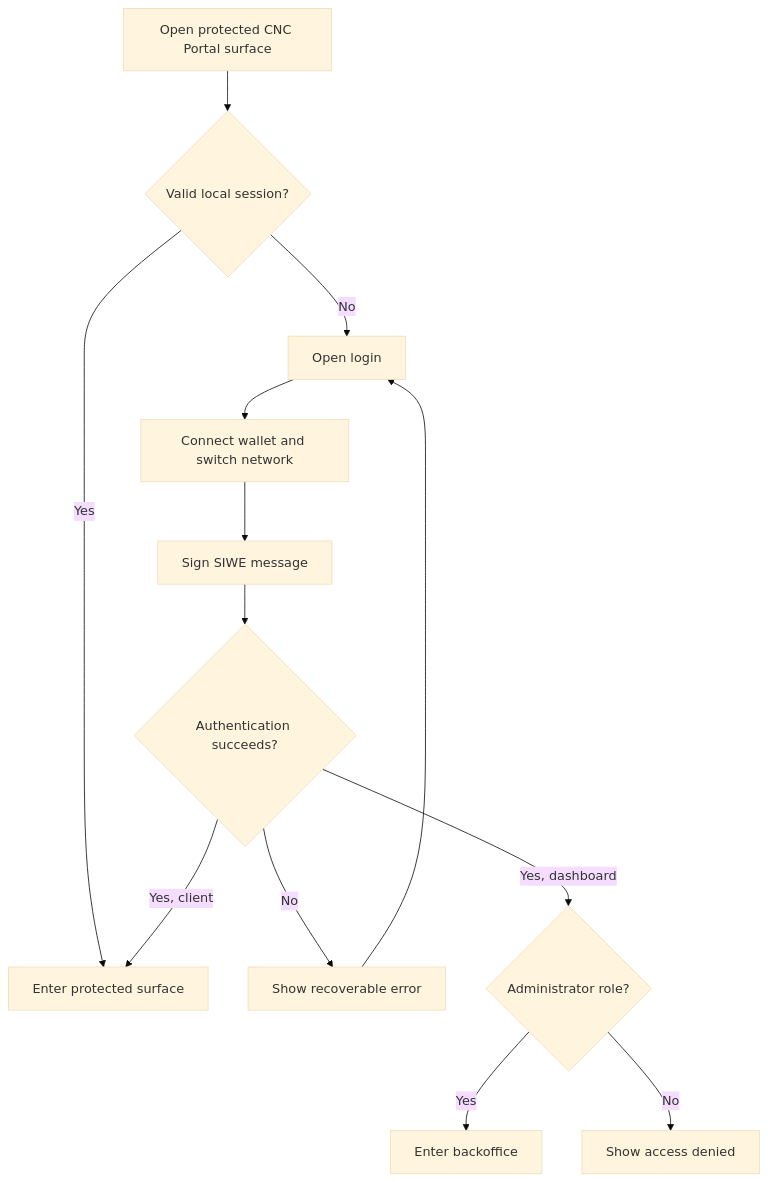
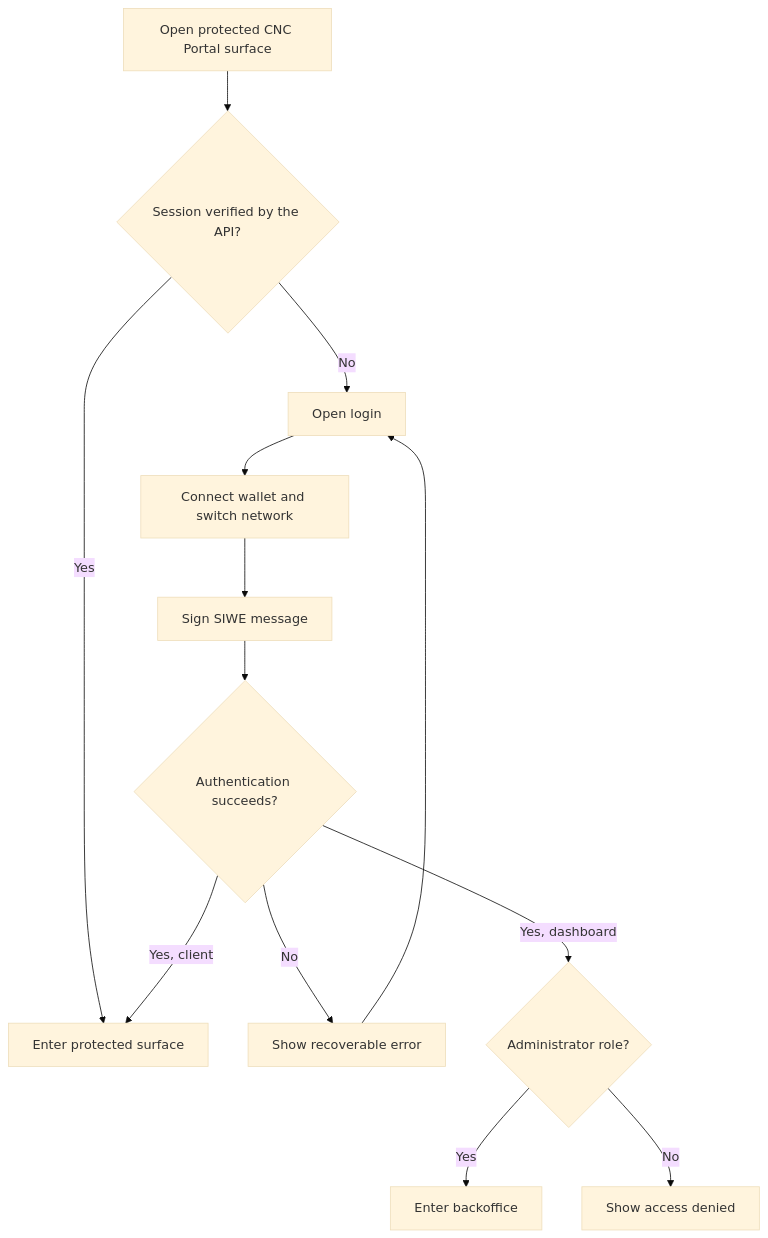
One commit to globe-and-citizen/cnc-portal changed the diagram in docs/features/authentication/README.md. Above: the diagram before and after it, drawn with Mermaid (base theme). The commit also changed other lines of this file and 10 other files, not shown here.

Commit message:
docs: 📝 describe portal session verification and SIWE identity

````diff
--- a/docs/features/authentication/README.md
+++ b/docs/features/authentication/README.md
@@ -24,15 +27,15 @@
 ```mermaid
 flowchart TB
-  start[Open protected CNC Portal surface] --> session{Valid local session?}
+  start[Open protected CNC Portal surface] --> session{Session verified by the API?}
   session -->|Yes| protected[Enter protected surface]
   session -->|No| login[Open login]
   login --> connect[Connect wallet and switch network]
   connect --> sign[Sign SIWE message]
   sign --> authenticated{Authentication succeeds?}
   authenticated -->|No| error[Show recoverable error]
   error --> login
   authenticated -->|Yes, client| protected
   authenticated -->|Yes, dashboard| role{Administrator role?}
   role -->|Yes| backoffice[Enter backoffice]
   role -->|No| denied[Show access denied]
 ```
````
